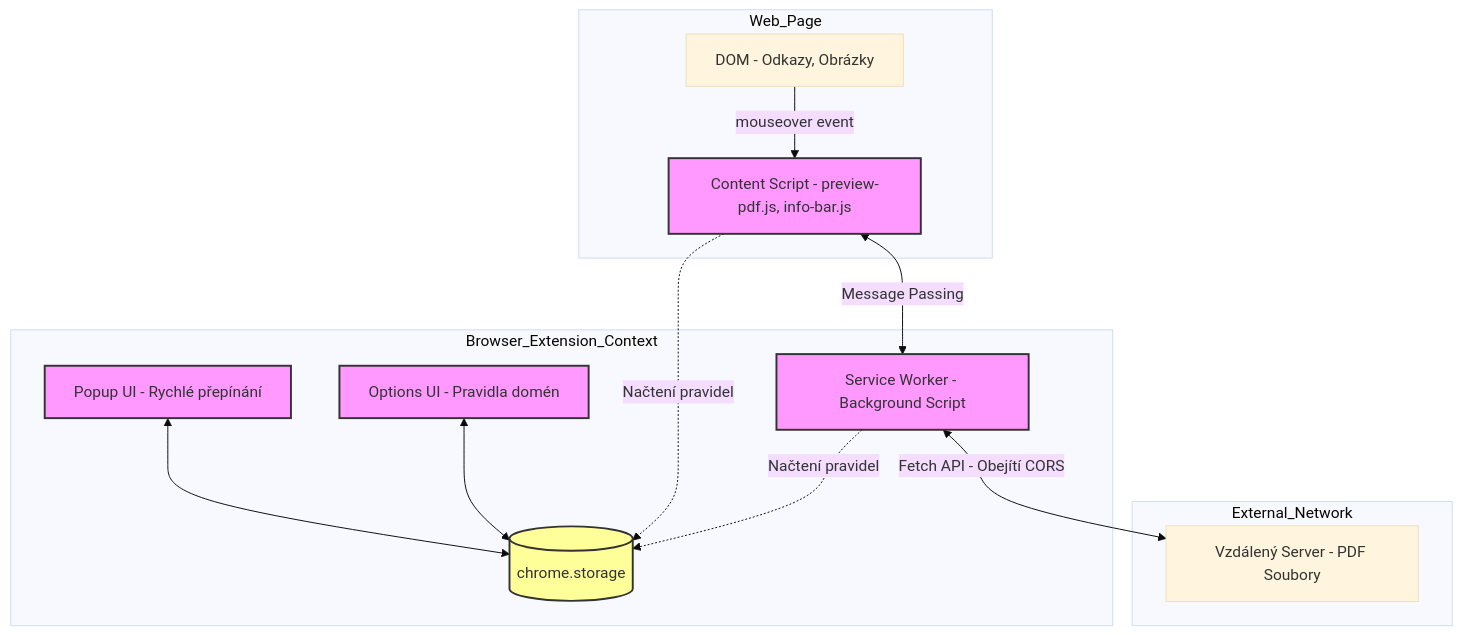
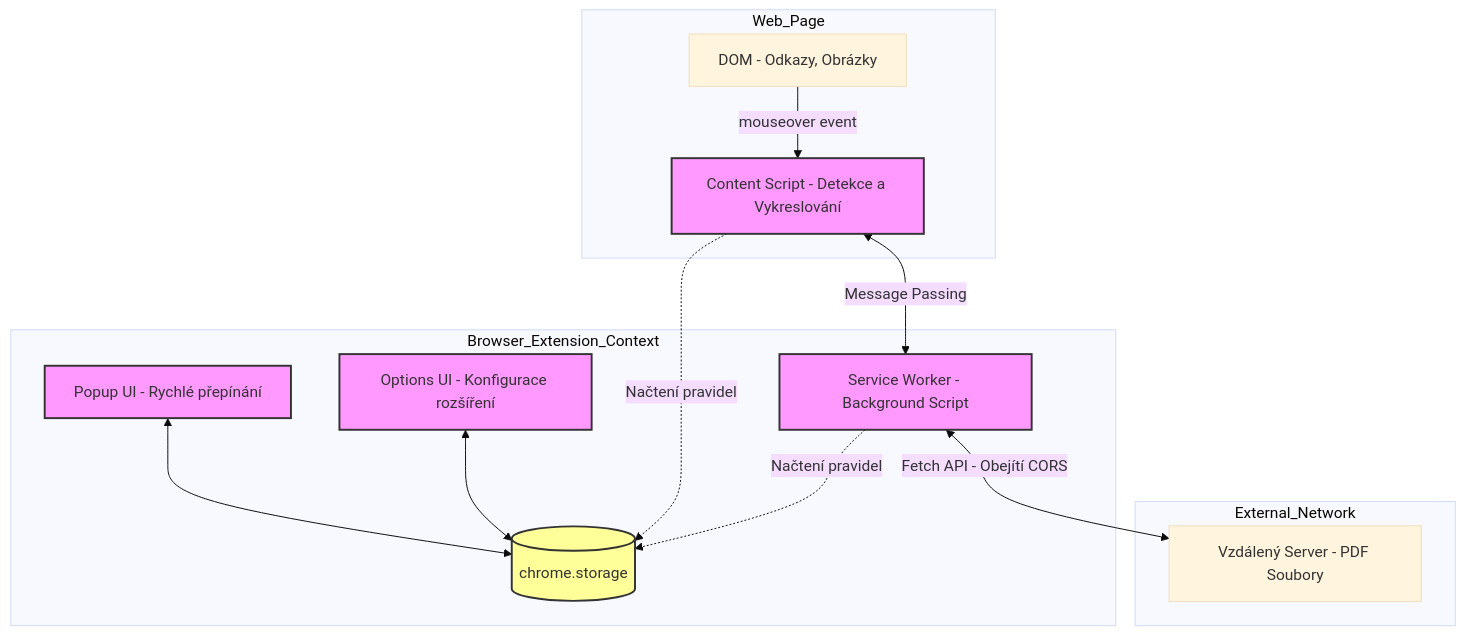
The diagram in Documentation/Mermaid/architecture.md (AnadeB/Interactive-Previews), drawn with Mermaid (base theme) before and after one commit. The commit also changed 21 other files, not shown here.

````diff
--- a/Documentation/Mermaid/architecture.md
+++ b/Documentation/Mermaid/architecture.md
@@ -1,32 +1,32 @@
 ```mermaid
 graph TD
     subgraph Web_Page
         DOM[DOM - Odkazy, Obrázky]
-        CS[Content Script - preview-pdf.js, info-bar.js]
+        CS[Content Script - Detekce a Vykreslování]
         DOM -->|mouseover event| CS
     end
 
     subgraph Browser_Extension_Context
         SW[Service Worker - Background Script]
         POP[Popup UI - Rychlé přepínání]
-        OPT[Options UI - Pravidla domén]
+        OPT[Options UI - Konfigurace rozšíření]
         STOR[(chrome.storage)]
         
         CS <-->|Message Passing| SW
         POP <--> STOR
         OPT <--> STOR
         CS -.->|Načtení pravidel| STOR
         SW -.->|Načtení pravidel| STOR
     end
 
     subgraph External_Network
         PDF_Server[Vzdálený Server - PDF Soubory]
         SW <-->|Fetch API - Obejítí CORS| PDF_Server
     end
 
     classDef script fill:#f9f,stroke:#333,stroke-width:2px;
     classDef storage fill:#ff9,stroke:#333,stroke-width:2px;
     
     class CS,SW,POP,OPT script;
     class STOR storage;
 ```
````
